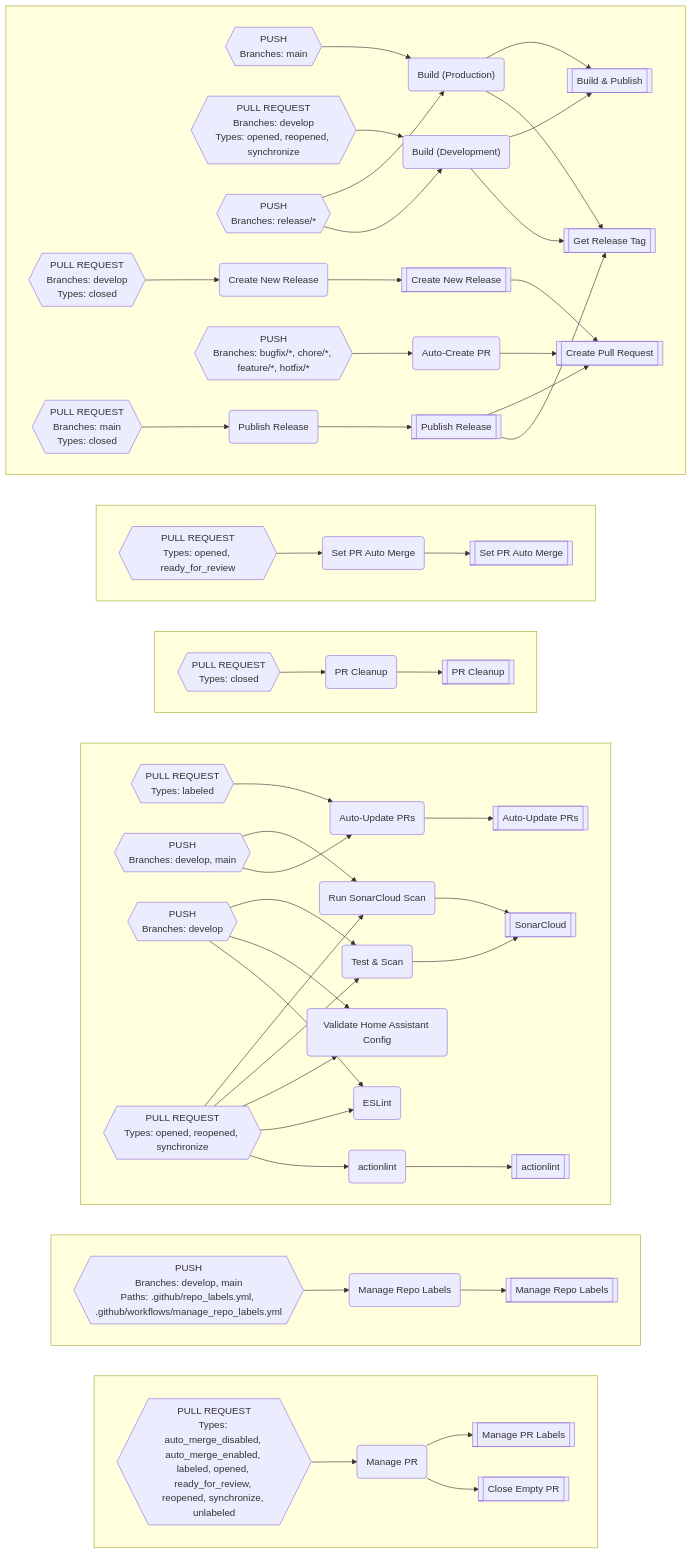
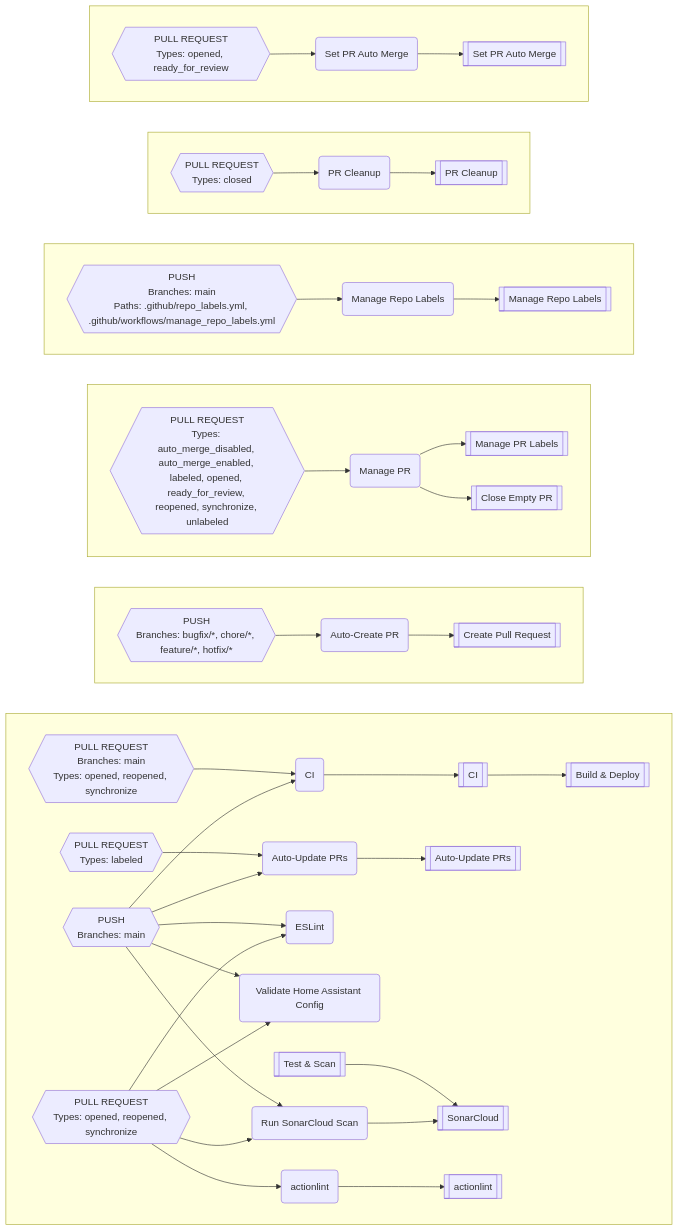
The diagram in README.md (worgarside/github-config-files), drawn with Mermaid before and after one commit. The commit also changed other lines of this file and 29 other files, not shown here.

````diff
--- a/README.md
+++ b/README.md
@@ -396,136 +379,101 @@
 ```mermaid
 flowchart LR
-subgraph EV[" "]
+subgraph DO[" "]
 direction LR
-BS-->BR
-BR-->AE
-BR-->K
+K-->D
+CJ-->CH
+CH-->K
+BX-->BW
+BW-->AN
+CK-->BW
+CK-->CH
+CK-->CW
+CK-->DA
+CK-->DK
+BC-->AZ
+DK-->AZ
+BH-->BG
+BH-->CW
+BH-->DA
+BH-->DK
+BG-->A
 end
-subgraph EW[" "]
+subgraph DP[" "]
 direction LR
-BX-->BW
-BW-->AM
+BL-->BK
+BK-->V
 end
-subgraph EX[" "]
+subgraph DQ[" "]
+direction LR
+BO-->BN
+BN-->AC
+BN-->R
+end
+subgraph DR[" "]
+direction LR
+BT-->BS
+BS-->AK
+end
+subgraph DS[" "]
 direction LR
 CB-->CA
-CA-->AP
-CC-->CA
-CC-->ER
-DF-->DE
-DF-->DP
-DF-->EJ
-EJ-->BH
-ER-->BH
-BL-->BK
-BL-->DE
-BL-->DP
-BL-->EJ
-BL-->ER
-BK-->A
+CA-->AQ
 end
-subgraph EY[" "]
+subgraph DT[" "]
 direction LR
-CF-->CE
-CE-->AS
-end
-subgraph EZ[" "]
-direction LR
-CI-->CH
-CH-->BC
-end
-subgraph FA[" "]
-direction LR
-ED-->DI
-DB-->DA
-DA-->AB
-DA-->D
-DZ-->DA
-DZ-->DI
-DI-->AB
-DI-->D
-CN-->CL
-CL-->O
-O-->X
-BP-->BO
-BO-->X
-CU-->CT
-CT-->AW
-AW-->AB
-AW-->X
+CE-->CD
+CD-->AU
 end
 A[["actionlint"]]
-AB[["Get Release Tag"]]
-AE[["Manage PR Labels"]]
-AM[["Manage Repo Labels"]]
-AP[["Auto-Update PRs"]]
-AS[["PR Cleanup"]]
-AW[["Publish Release"]]
-BC[["Set PR Auto Merge"]]
-BH[["SonarCloud"]]
-BK("actionlint")
-BL{{"PULL REQUEST
+AC[["Manage PR Labels"]]
+AK[["Manage Repo Labels"]]
+AN[["Auto-Update PRs"]]
+AQ[["PR Cleanup"]]
+AU[["Set PR Auto Merge"]]
+AZ[["SonarCloud"]]
+BC[["Test & Scan"]]
+BG("actionlint")
+BH{{"PULL REQUEST
 Types: opened, reopened, synchronize
 "}}
-BO("Auto-Create PR")
-BP{{"PUSH
+BK("Auto-Create PR")
+BL{{"PUSH
 Branches: bugfix/*, chore/*, feature/*, hotfix/*
 "}}
-BR("Manage PR")
-BS{{"PULL REQUEST
+BN("Manage PR")
+BO{{"PULL REQUEST
 Types: auto_merge_disabled, auto_merge_enabled, labeled, opened, ready_for_review, reopened, synchronize, unlabeled
 "}}
-BW("Manage Repo Labels")
-BX{{"PUSH
-Branches: develop, main
+BS("Manage Repo Labels")
+BT{{"PUSH
+Branches: main
 Paths: .github/repo_labels.yml, .github/workflows/manage_repo_labels.yml
 "}}
-CA("Auto-Update PRs")
-CB{{"PULL REQUEST
+BW("Auto-Update PRs")
+BX{{"PULL REQUEST
 Types: labeled
 "}}
-CC{{"PUSH
-Branches: develop, main
-"}}
-CE("PR Cleanup")
-CF{{"PULL REQUEST
+CA("PR Cleanup")
+CB{{"PULL REQUEST
 Types: closed
 "}}
-CH("Set PR Auto Merge")
-CI{{"PULL REQUEST
+CD("Set PR Auto Merge")
+CE{{"PULL REQUEST
 Types: opened, ready_for_review
 "}}
-CL("Create New Release")
-CN{{"PULL REQUEST
-Branches: develop
-Types: closed
-"}}
-CT("Publish Release")
-CU{{"PULL REQUEST
+CH("CI")
+CJ{{"PULL REQUEST
 Branches: main
-Types: closed
-"}}
-D[["Build & Publish"]]
-DA("Build (Development)")
-DB{{"PULL REQUEST
-Branches: develop
 Types: opened, reopened, synchronize
 "}}
-DE("ESLint")
-DF{{"PUSH
-Branches: develop
-"}}
-DI("Build (Production)")
-DP("Validate Home Assistant Config")
-DZ{{"PUSH
-Branches: release/*
-"}}
-ED{{"PUSH
+CK{{"PUSH
 Branches: main
 "}}
-EJ("Test & Scan")
-ER("Run SonarCloud Scan")
-K[["Close Empty PR"]]
-O[["Create New Release"]]
-X[["Create Pull Request"]]
+CW("ESLint")
+D[["Build & Deploy"]]
+DA("Validate Home Assistant Config")
+DK("Run SonarCloud Scan")
+K[["CI"]]
+R[["Close Empty PR"]]
+V[["Create Pull Request"]]
 ```
````
